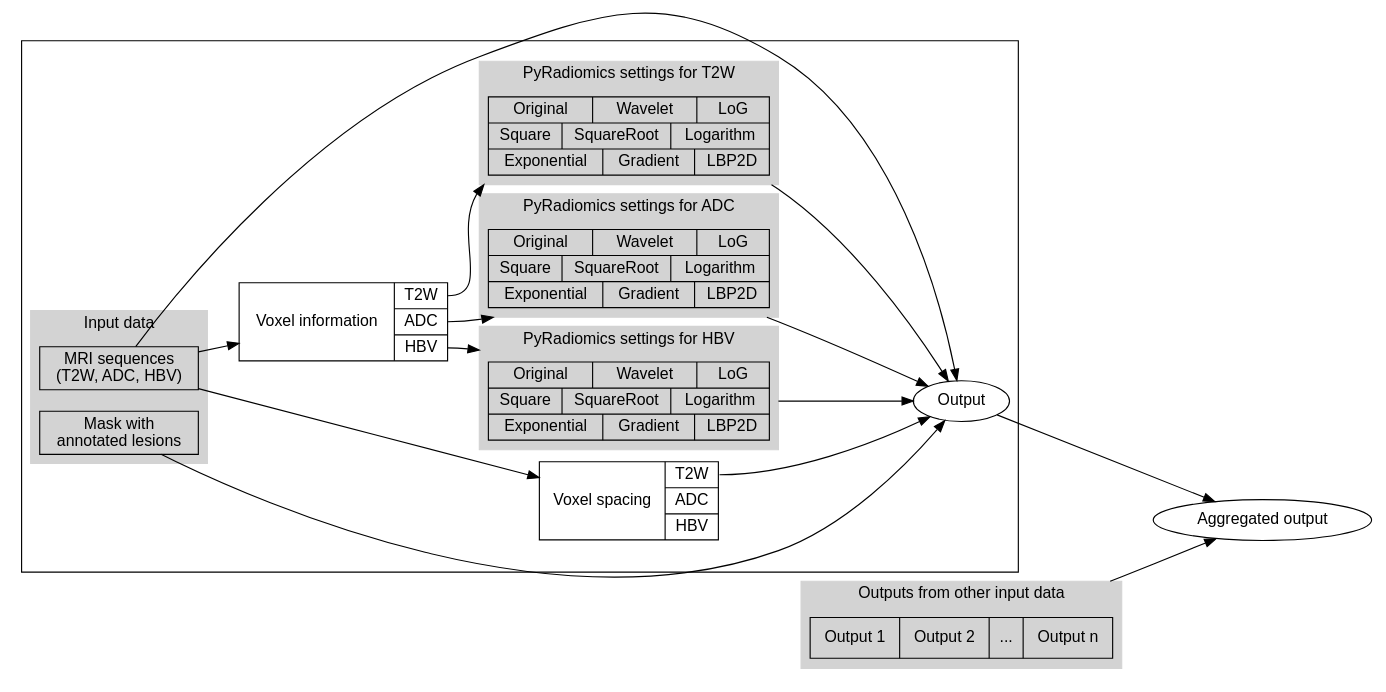
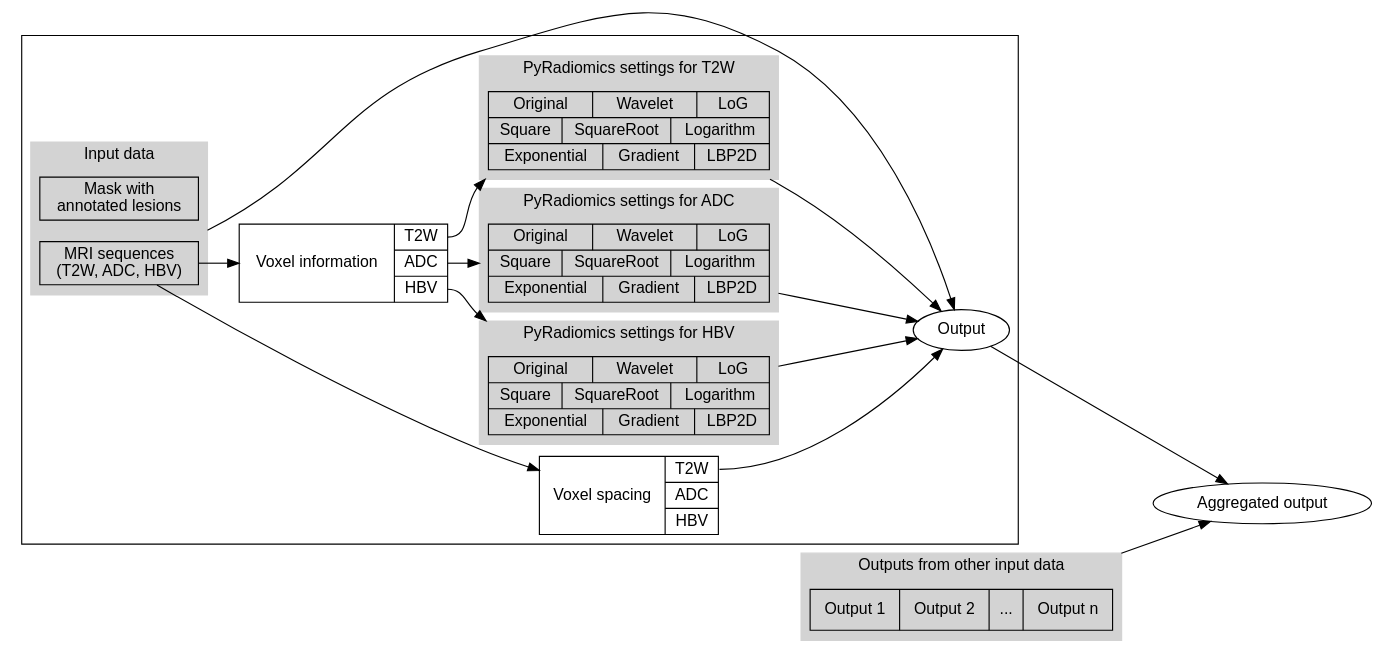
One commit to CCIG-Champalimaud/radiomics-pipeline changed the diagram in utils/make-pipeline-graph.gv. Above: the diagram before and after it, drawn with Graphviz. The commit also changed 1 other file, not shown here.

```diff
--- a/utils/make-pipeline-graph.gv
+++ b/utils/make-pipeline-graph.gv
@@ -1,88 +1,86 @@
 digraph G {
     graph [rankdir=LR];
     compound=true;
 
     node [fontname="Helvetica"]
     
     subgraph cluster_main {
         subgraph cluster_0 {
             style=filled;
             color=lightgrey;
             fontname="Helvetica";
             node [color=black];
             mask [label="Mask with\nannotated lesions",shape=box];
             dataset [shape=record,label="MRI sequences\n (T2W, ADC, HBV)"];
             label = "Input data";
         };
 
         spacing [label="{Voxel spacing\n|{<f0>T2W|ADC|HBV}}",shape=record];
 
         voxel_information [label="{Voxel information\n|{<f0>T2W|<f1>ADC|<f2>HBV}}",shape=record]
 
         subgraph cluster_1 {
             style=filled;
             color=lightgrey;
             fontname="Helvetica";
             node [color=black];
             settings_t2w [
                 label="{Original|Wavelet|LoG}|{Square|SquareRoot|Logarithm}|{Exponential|Gradient|LBP2D}",
                 shape=record]
             label = "PyRadiomics settings for T2W";
         };
 
         subgraph cluster_2 {
             style=filled;
             color=lightgrey;
             fontname="Helvetica";
             node [color=black];
             settings_adc [
                 label="{Original|Wavelet|LoG}|{Square|SquareRoot|Logarithm}|{Exponential|Gradient|LBP2D}",
                 shape=record]
             label = "PyRadiomics settings for ADC";
         };
 
         subgraph cluster_3 {
             style=filled;
             color=lightgrey;
             fontname="Helvetica";
             node [color=black];
             settings_hbv [
                 label="{Original|Wavelet|LoG}|{Square|SquareRoot|Logarithm}|{Exponential|Gradient|LBP2D}",
                 shape=record]
             label = "PyRadiomics settings for HBV";
         };
         output [label="Output"];
     }
 
     subgraph cluster_4 {
 		style=filled;
 		color=lightgrey;
         fontname="Helvetica";
 		node [color=black];
         output_other [label="{Output 1|Output 2|...|Output n}",shape=record]
 		label = "Outputs from other input data";
 	};
 
     output [label="Output"]
 
     dataset -> spacing;
 
     dataset -> voxel_information;
 
     voxel_information:f0 -> settings_t2w [lhead=cluster_1];
     voxel_information:f1 -> settings_adc [lhead=cluster_2];
     voxel_information:f2 -> settings_hbv [lhead=cluster_3];
 
     settings_t2w -> output [ltail=cluster_1];
     settings_adc -> output [ltail=cluster_2];
     settings_hbv -> output [ltail=cluster_3];
 
-    dataset -> output;
+    dataset -> output [ltail=cluster_0];
 
     spacing:f0 -> output;
-
-    mask -> output;
 
     output_other -> "Aggregated output" [ltail=cluster_4];
     output -> "Aggregated output";
 }
```
